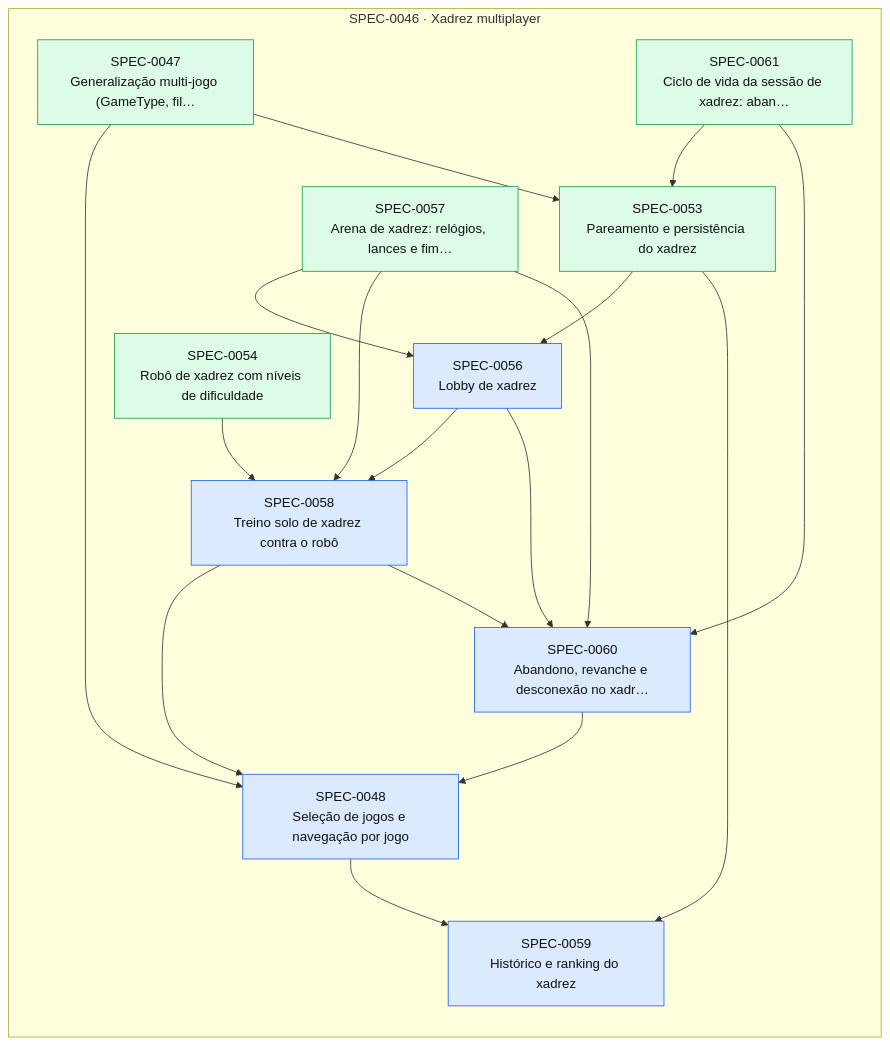
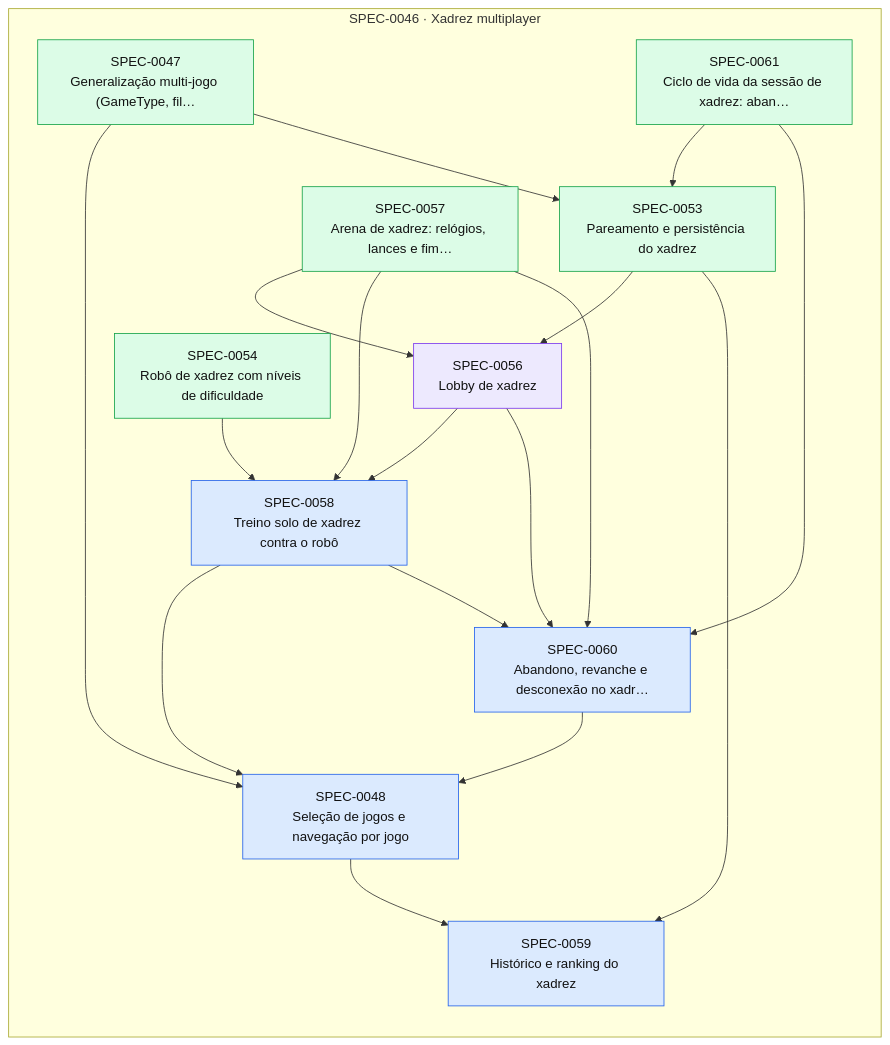
Before and after one commit to thomasravache/jogo-da-velha-multiplayer: the diagram in docs/specs/INDEX.md, drawn with Mermaid. The commit also changed other lines of this file and 1 other file, not shown here.

First line of the commit message:
docs(specs): registrar gates G1-G4 da SPEC-0056

````diff
--- a/docs/specs/INDEX.md
+++ b/docs/specs/INDEX.md
@@ -41,36 +41,36 @@
 ```mermaid
 flowchart LR
   subgraph E0046["SPEC-0046 · Xadrez multiplayer"]
     S0047["SPEC-0047<br/>Generalização multi-jogo (GameType, fil…"]:::implemented
     S0048["SPEC-0048<br/>Seleção de jogos e navegação por jogo"]:::approved
     S0053["SPEC-0053<br/>Pareamento e persistência do xadrez"]:::implemented
     S0054["SPEC-0054<br/>Robô de xadrez com níveis de dificuldade"]:::implemented
-    S0056["SPEC-0056<br/>Lobby de xadrez"]:::approved
+    S0056["SPEC-0056<br/>Lobby de xadrez"]:::inprogress
     S0057["SPEC-0057<br/>Arena de xadrez: relógios, lances e fim…"]:::implemented
     S0058["SPEC-0058<br/>Treino solo de xadrez contra o robô"]:::approved
     S0059["SPEC-0059<br/>Histórico e ranking do xadrez"]:::approved
     S0060["SPEC-0060<br/>Abandono, revanche e desconexão no xadr…"]:::approved
     S0061["SPEC-0061<br/>Ciclo de vida da sessão de xadrez: aban…"]:::implemented
   end
   S0047 --> S0048
   S0058 --> S0048
   S0060 --> S0048
   S0047 --> S0053
   S0061 --> S0053
   S0053 --> S0056
   S0057 --> S0056
   S0054 --> S0058
   S0056 --> S0058
   S0057 --> S0058
   S0048 --> S0059
   S0053 --> S0059
   S0056 --> S0060
   S0057 --> S0060
   S0058 --> S0060
   S0061 --> S0060
   classDef proposed fill:#fef3c7,stroke:#d97706,color:#111
   classDef approved fill:#dbeafe,stroke:#2563eb,color:#111
   classDef inprogress fill:#ede9fe,stroke:#7c3aed,color:#111
   classDef implemented fill:#dcfce7,stroke:#16a34a,color:#111
   classDef deprecated fill:#f3f4f6,stroke:#9ca3af,color:#6b7280
 ```
````
